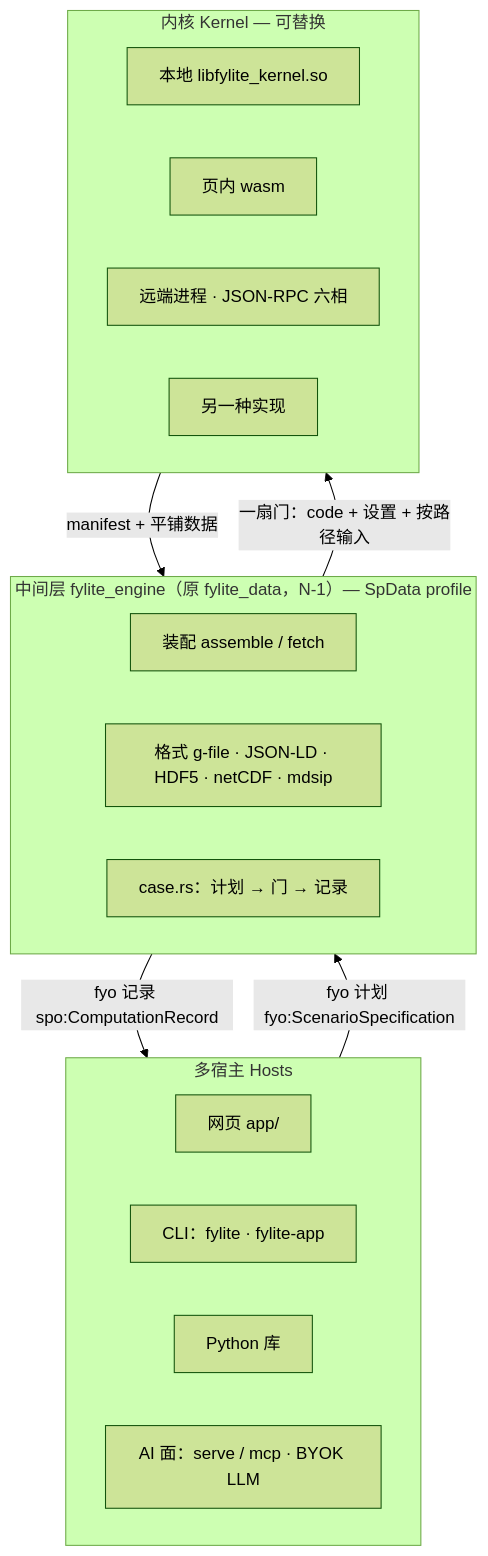
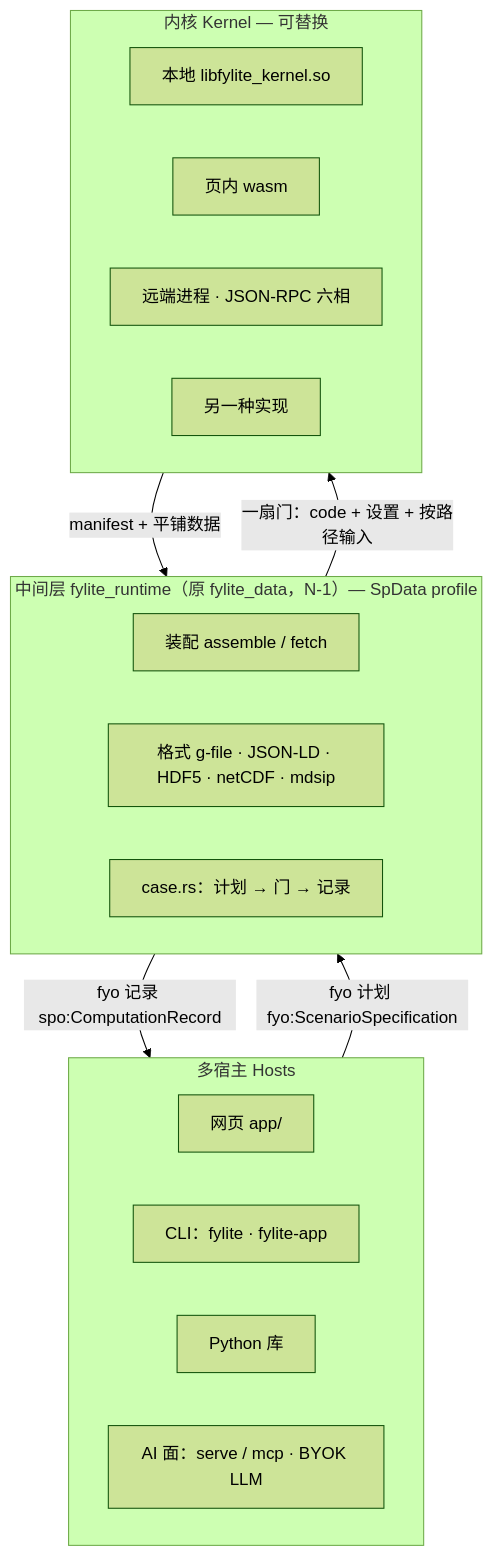
The diagram in docs/design/FYL-DESIGN-16.md (fusion-yun/fylite), drawn with Mermaid (forest theme) before and after one commit. The commit also changed other lines of this file and 155 other files, not shown here.

````diff
--- a/docs/design/FYL-DESIGN-16.md
+++ b/docs/design/FYL-DESIGN-16.md
@@ -122,24 +128,24 @@
 ```{mermaid}
 flowchart TB
   subgraph F[多宿主 Hosts]
     GUI[网页 app/]
     CLI[CLI：fylite · fylite-app]
     PY[Python 库]
     AI[AI 面：serve / mcp · BYOK LLM]
   end
-  subgraph D[中间层 fylite_engine（原 fylite_data，N-1）— SpData profile]
+  subgraph D[中间层 fylite_runtime（原 fylite_data，N-1）— SpData profile]
     ASM[装配 assemble / fetch]
     FMT[格式 g-file · JSON-LD · HDF5 · netCDF · mdsip]
     CASE[case.rs：计划 → 门 → 记录]
   end
   subgraph K[内核 Kernel — 可替换]
     LOCAL[本地 libfylite_kernel.so]
     WASM[页内 wasm]
     REMOTE[远端进程 · JSON-RPC 六相]
     OTHER[另一种实现]
   end
   F -->|fyo 计划 fyo:ScenarioSpecification| D
   D -->|一扇门：code + 设置 + 按路径输入| K
   K -->|manifest + 平铺数据| D
   D -->|fyo 记录 spo:ComputationRecord| F
 ```
````
